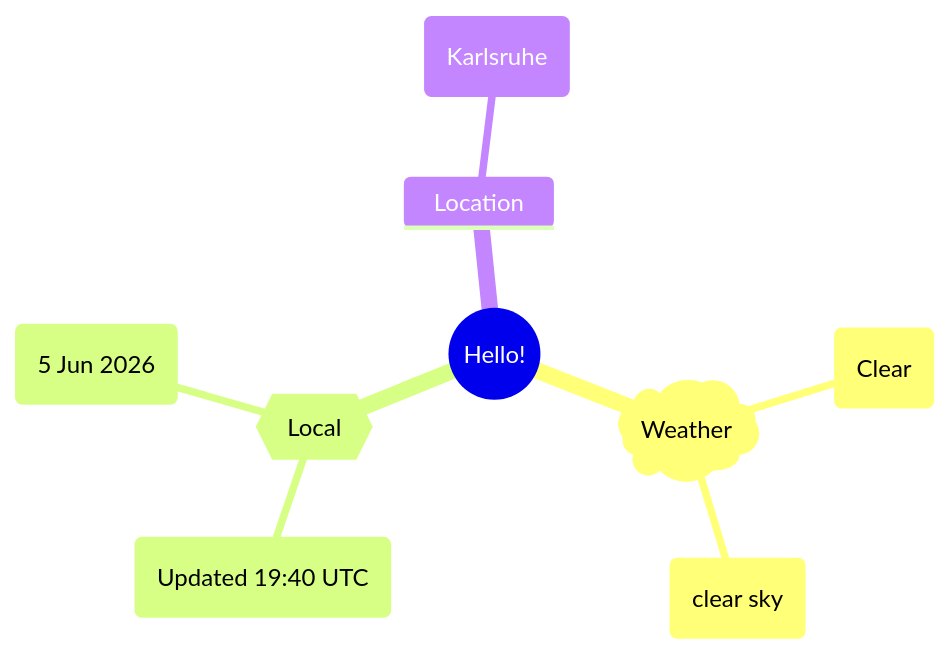
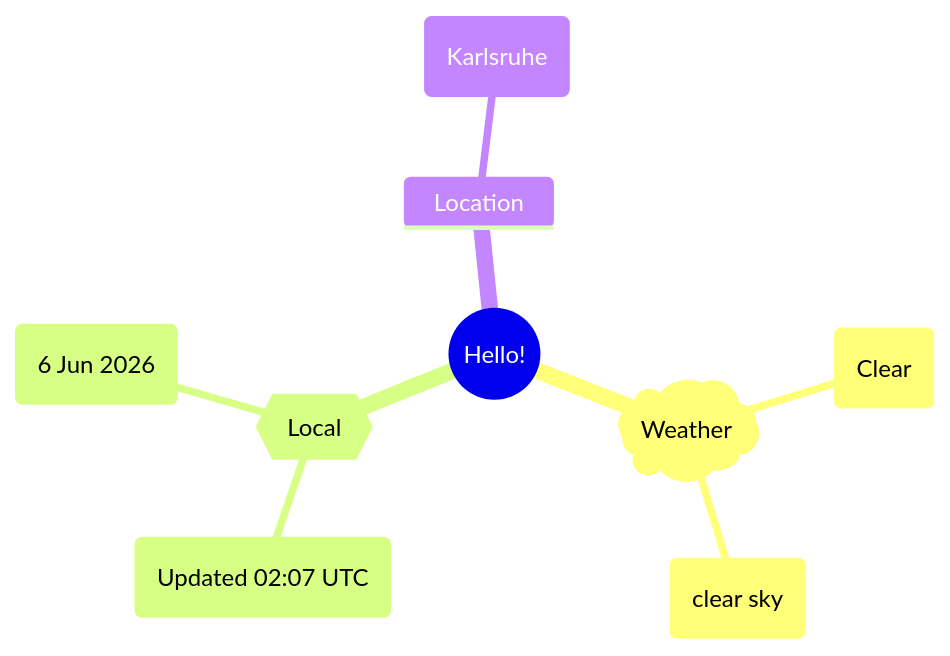
Before and after one commit to Xosrov/Xosrov: the first of 2 diagrams in README.md, drawn with Mermaid.

Commit message:
[bot] updated images

````diff
--- a/README.md
+++ b/README.md
@@ -3,12 +3,12 @@
 ```mermaid
 mindmap
   root((Hello!))
     )Weather(
         (Clear)
         (clear sky)
     {{Local}}
-        (Updated 19:40 UTC)
-        (5 Jun 2026)
+        (Updated 02:07 UTC)
+        (6 Jun 2026)
     Location
         (Karlsruhe)
 ```
````
